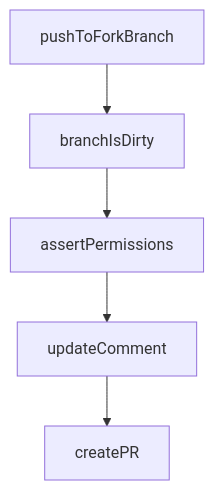
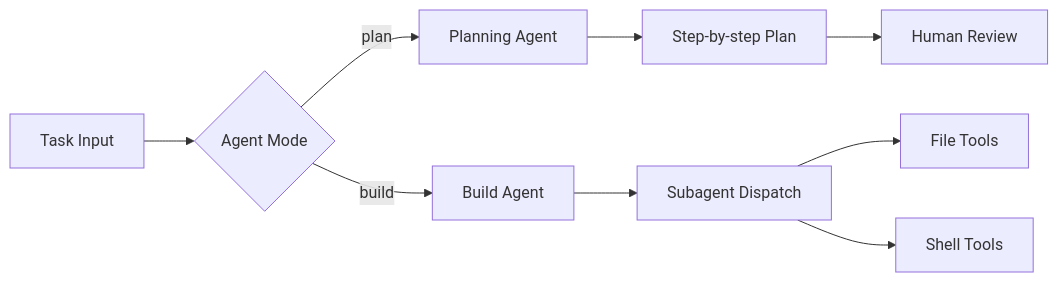
The diagram in tutorials/opencode-tutorial/05-agents-subagents-and-planning.md (johnxie/awesome-code-docs), drawn with Mermaid before and after one commit. The commit also changed other lines of this file and 1232 other files, not shown here.

````diff
--- a/tutorials/opencode-tutorial/05-agents-subagents-and-planning.md
+++ b/tutorials/opencode-tutorial/05-agents-subagents-and-planning.md
@@ -219,12 +51,11 @@
 ```mermaid
-flowchart TD
-    A[pushToForkBranch]
-    B[branchIsDirty]
-    C[assertPermissions]
-    D[updateComment]
-    E[createPR]
-    A --> B
-    B --> C
-    C --> D
-    D --> E
+flowchart LR
+    A[Task Input] --> B{Agent Mode}
+    B -->|plan| C[Planning Agent]
+    B -->|build| D[Build Agent]
+    C --> E[Step-by-step Plan]
+    D --> F[Subagent Dispatch]
+    F --> G[File Tools]
+    F --> H[Shell Tools]
+    E --> I[Human Review]
 ```
````
